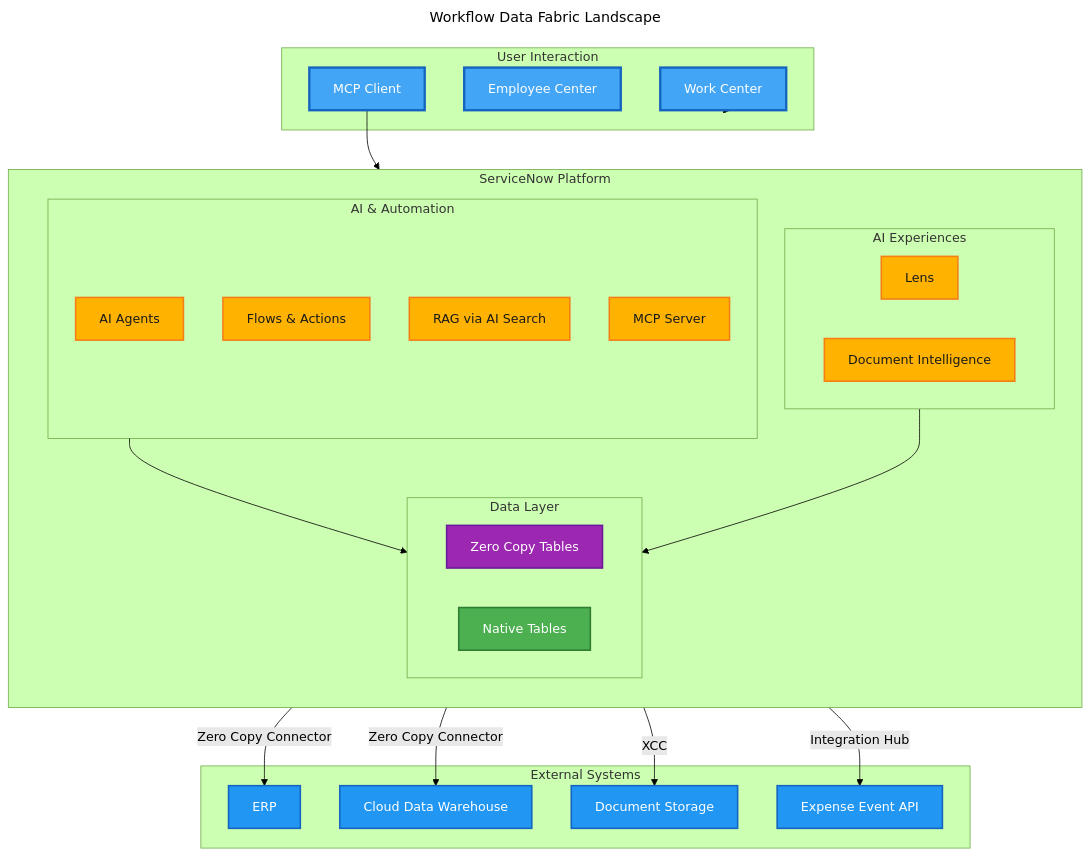
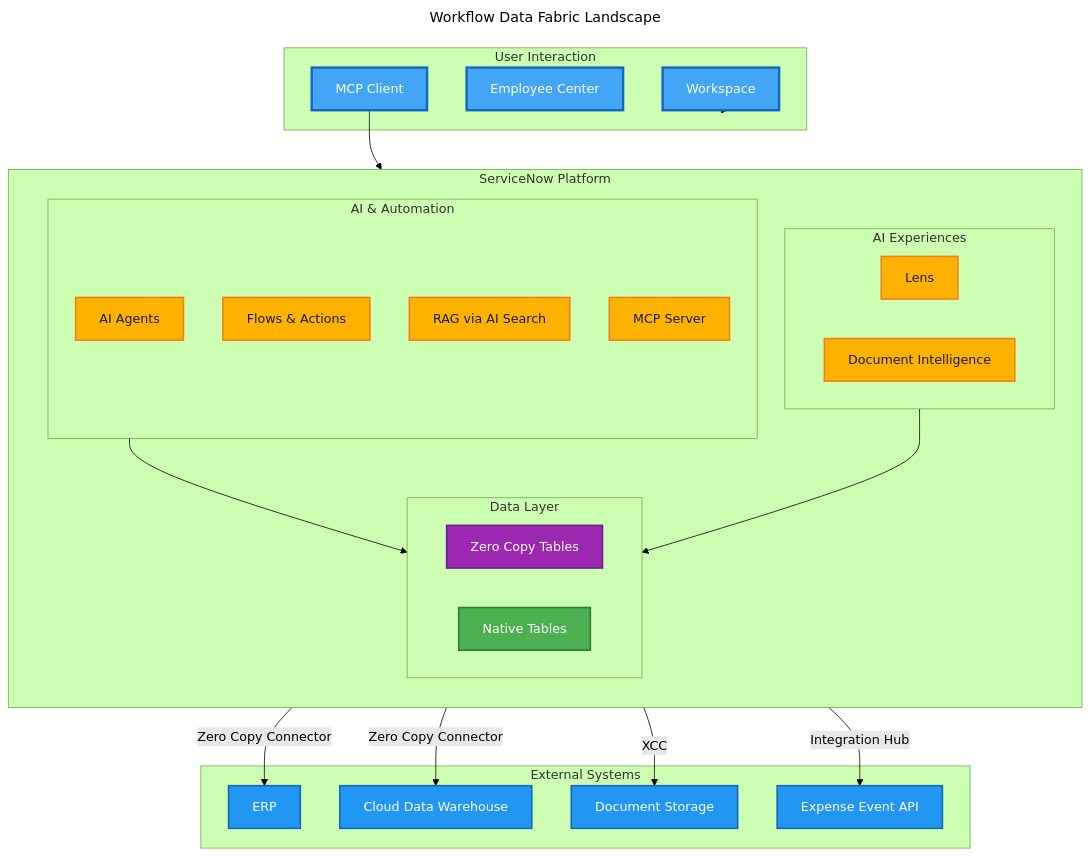
Before and after one commit to leojacinto/WorkflowDataFabric-TypeA: the fourth of 4 diagrams in data-and-flow-diagrams.md, drawn with Mermaid (forest theme). The commit also changed 3 other files, not shown here.

````diff
--- a/data-and-flow-diagrams.md
+++ b/data-and-flow-diagrams.md
@@ -183,60 +183,60 @@
 ```mermaid fullWidth="true"
 ---
 title: Workflow Data Fabric Landscape
 ---
 graph TB
     subgraph USER["User Interaction"]
-        WC["Work Center"]
+        WC["Workspace"]
         EC["Employee Center"]
         MCP_C["MCP Client"]
     end
 
     subgraph SNOW["ServiceNow Platform"]
         direction TB
         subgraph AI["AI & Automation"]
             AGENTS["AI Agents"]
             FLOWS["Flows & Actions"]
             RAG["RAG via AI Search"]
             MCP_S["MCP Server"]
         end
         subgraph DATA["Data Layer"]
             ZCT["Zero Copy Tables"]
             NT["Native Tables"]
         end
         subgraph AX["AI Experiences"]
             LENS["Lens"]
             DOCINT["Document Intelligence"]
         end
     end
 
     subgraph EXT["External Systems"]
         ERP["ERP"]
         CDW["Cloud Data Warehouse"]
         DOC["Document Storage"]
         API["Expense Event API"]
     end
 
     USER --> AI
     MCP_C --> MCP_S
     AI --> DATA
     AX --> DATA
     DATA -->|"Zero Copy Connector"| ERP
     DATA -->|"Zero Copy Connector"| CDW
     AI -->|"Integration Hub"| API
     AI -->|"XCC"| DOC
 
     %% Styling
     classDef external fill:#2196F3,stroke:#1565C0,stroke-width:2px,color:#fff
     classDef integration fill:#FF9800,stroke:#E65100,stroke-width:2px,color:#fff
     classDef zeroCopy fill:#9C27B0,stroke:#6A1B9A,stroke-width:2px,color:#fff
     classDef native fill:#4CAF50,stroke:#2E7D32,stroke-width:2px,color:#fff
     classDef ai fill:#FFB300,stroke:#F57F17,stroke-width:2px,color:#1a1a1a
     classDef user fill:#42A5F5,stroke:#1565C0,stroke-width:3px,color:#fff
 
     class ERP,CDW,DOC,API external
     class ZCT zeroCopy
     class NT native
     class AGENTS,FLOWS,RAG,MCP_S ai
     class LENS,DOCINT ai
     class WC,EC,MCP_C user
 ```
````
